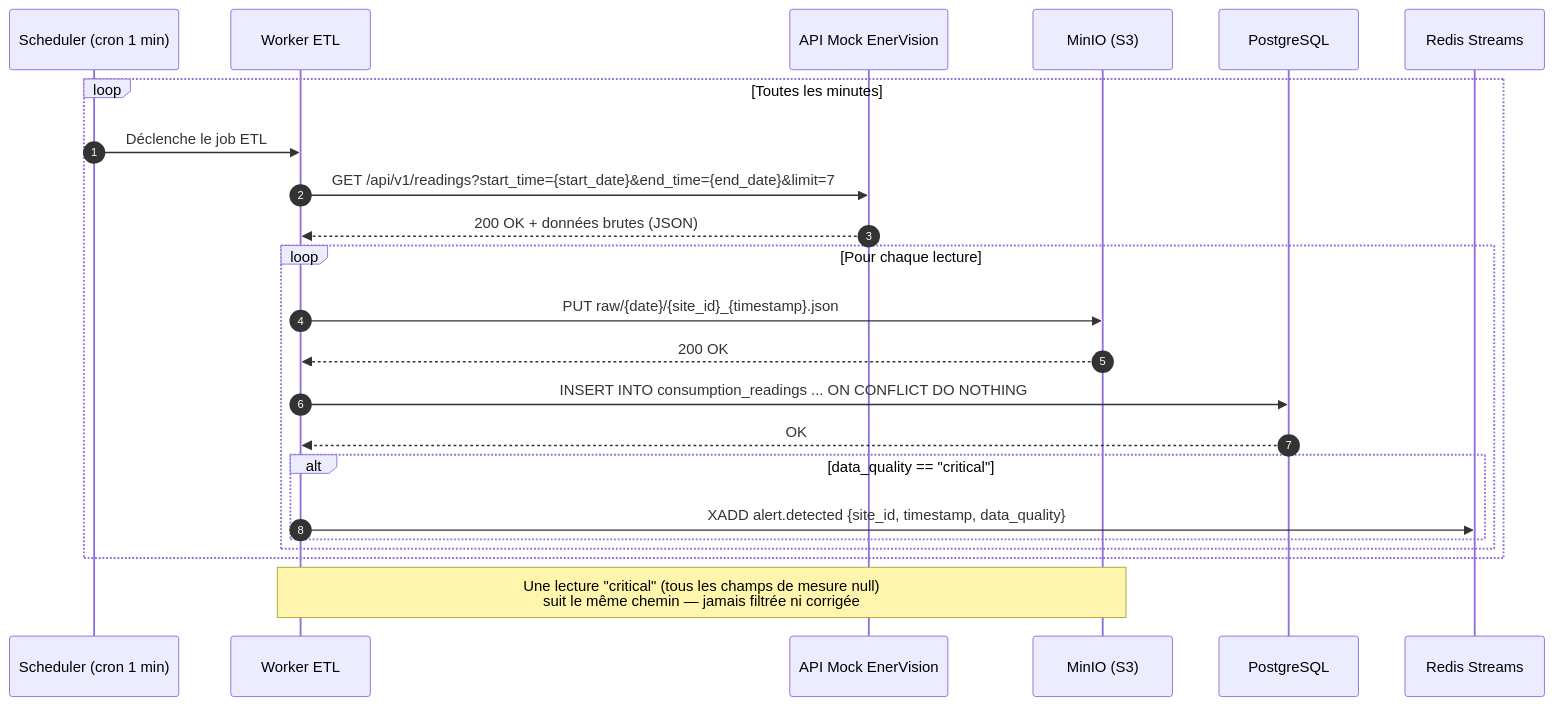
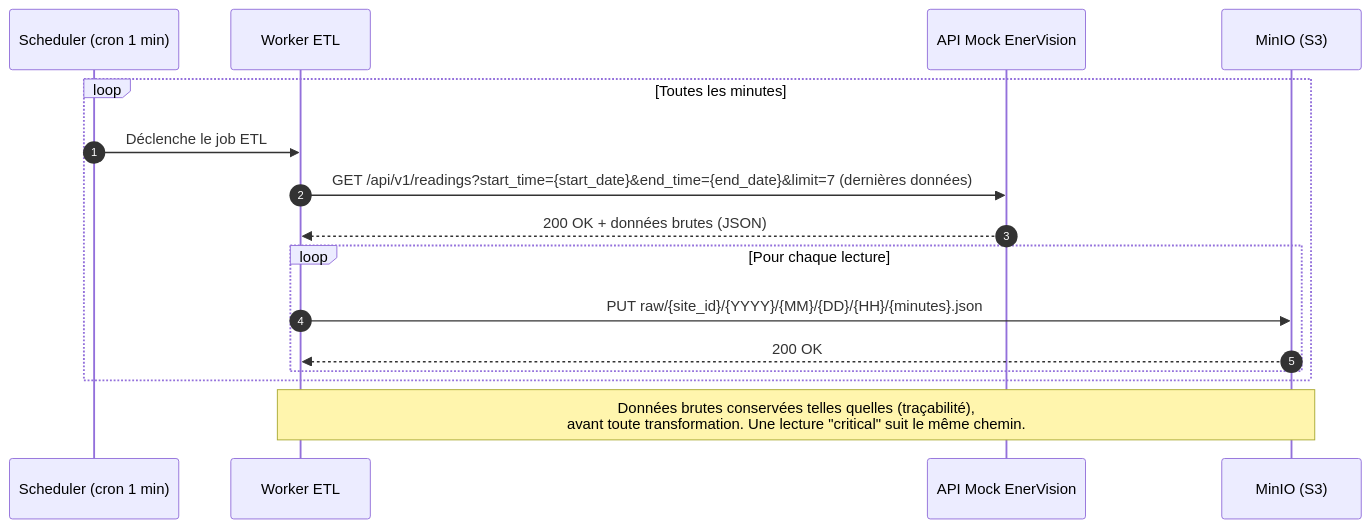
One commit to PetitPingu/EnerVision changed the diagram in docs/seq_etl.md. Above: the diagram before and after it, drawn with Mermaid. The commit also changed other lines of this file and 13 other files, not shown here.

````diff
--- a/docs/seq_etl.md
+++ b/docs/seq_etl.md
@@ -11,27 +12,20 @@
 ```mermaid
 sequenceDiagram
     autonumber
     participant Cron as Scheduler (cron 1 min)
     participant Worker as Worker ETL
     participant Mock as API Mock EnerVision
     participant MinIO as MinIO (S3)
-    participant PG as PostgreSQL
-    participant Redis as Redis Streams
 
     loop Toutes les minutes
         Cron->>Worker: Déclenche le job ETL
-        Worker->>Mock: GET /api/v1/readings?start_time={start_date}&end_time={end_date}&limit=7
+        Worker->>Mock: GET /api/v1/readings?start_time={start_date}&end_time={end_date}&limit=7 (dernières données)
         Mock-->>Worker: 200 OK + données brutes (JSON)
-
         loop Pour chaque lecture
-            Worker->>MinIO: PUT raw/{date}/{site_id}_{timestamp}.json
+            Worker->>MinIO: PUT raw/{site_id}/{YYYY}/{MM}/{DD}/{HH}/{minutes}.json
             MinIO-->>Worker: 200 OK
-            Worker->>PG: INSERT INTO consumption_readings ... ON CONFLICT DO NOTHING
-            PG-->>Worker: OK
-            alt data_quality == "critical"
-                Worker->>Redis: XADD alert.detected {site_id, timestamp, data_quality}
-            end
         end
     end
-    Note over Worker,MinIO: Une lecture "critical" (tous les champs de mesure null)<br/>suit le même chemin — jamais filtrée ni corrigée
+
+    Note over Worker,MinIO: Données brutes conservées telles quelles (traçabilité),<br/>avant toute transformation. Une lecture "critical" suit le même chemin.
 ```
````
